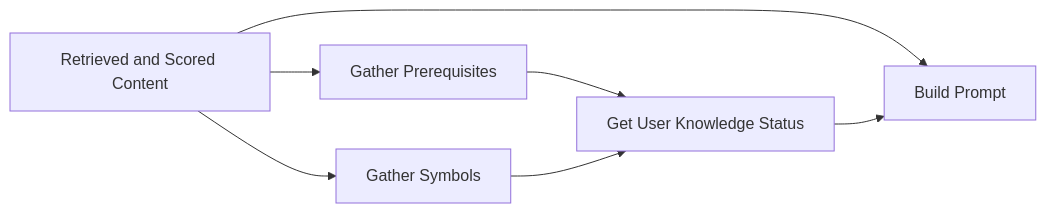
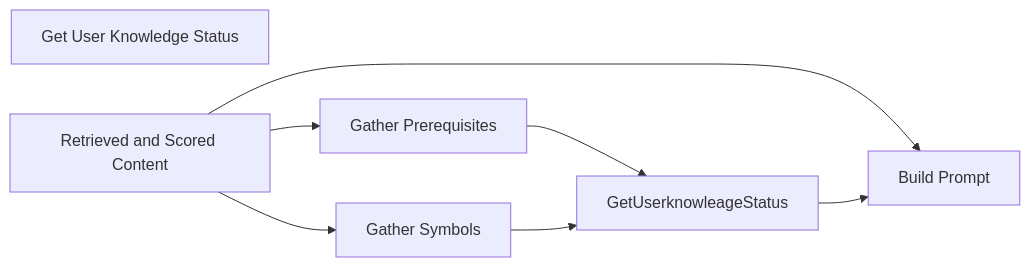
One commit to behroozbc/phd-interview changed the sixth of 6 diagrams in pages/master-thesis.md. Above: the diagram before and after it, drawn with Mermaid. The commit also changed other lines of this file and 1 other file, not shown here.

````diff
--- a/pages/master-thesis.md
+++ b/pages/master-thesis.md
@@ -151,14 +151,14 @@
 ```mermaid
 flowchart LR
 BuildPrompt["Build Prompt"]
-GetUserknowleageStatus["Get User Knowledge Status"]
+GetUserKnowledgeStatus["Get User Knowledge Status"]
 RetrievedScored["Retrieved and Scored Content"]
 GatherPrerequisites["Gather Prerequisites"]
 GatherSymbols["Gather Symbols"]
 RetrievedScored-->BuildPrompt
 RetrievedScored-->GatherSymbols
 RetrievedScored-->GatherPrerequisites
 GetUserknowleageStatus-->BuildPrompt
 GatherPrerequisites-->GetUserknowleageStatus
 GatherSymbols-->GetUserknowleageStatus
 ```
````
